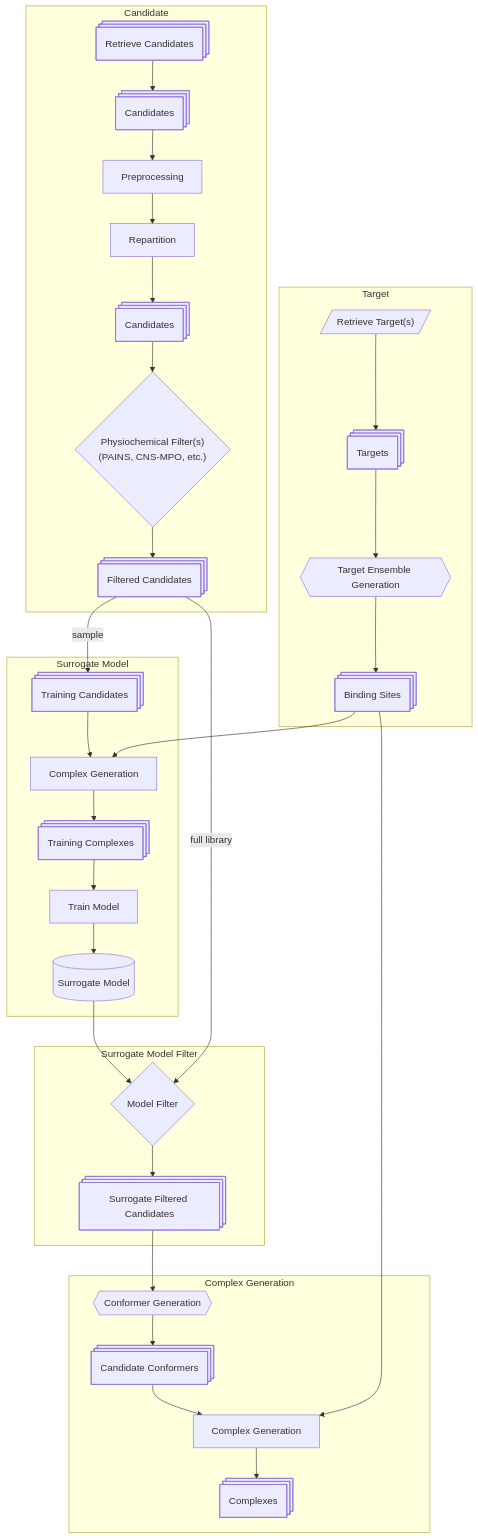
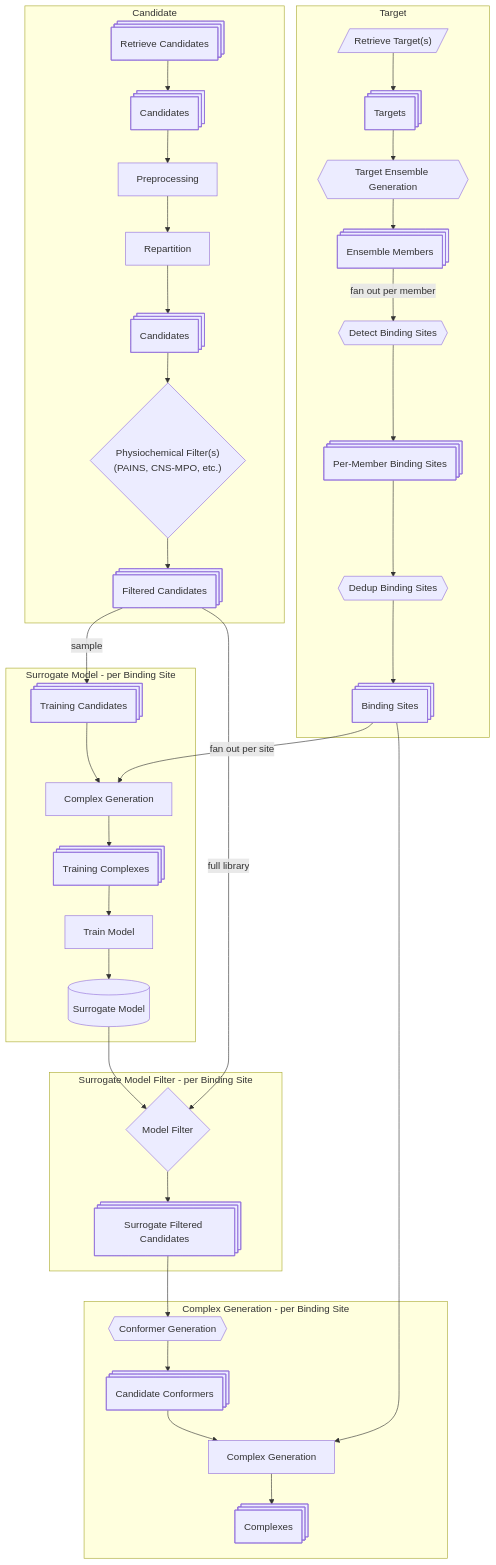
Before and after one commit to mmicatka/lynceus: the diagram in README.md, drawn with Mermaid. The commit also changed other lines of this file and 112 other files, not shown here.

First line of the commit message:
Adding a surrogate model (#40)

````diff
--- a/README.md
+++ b/README.md
@@ -15,48 +26,52 @@
 ```mermaid
 
 flowchart TD
 
   subgraph Target
     RetrieveTargets[/"Retrieve Target(s)"/] --> Targets@{ shape: st-rect, label: "Targets" }
     Targets --> EnsembleGeneration{{"Target Ensemble Generation"}}
-    EnsembleGeneration --> BindingSites@{shape: st-rect, label: "Binding Sites"}
+    EnsembleGeneration --> EnsembleMembers@{shape: st-rect, label: "Ensemble Members"}
+    EnsembleMembers -- "fan out per member" --> DetectBindingSites{{"Detect Binding Sites"}}
+    DetectBindingSites --> MemberBindingSites@{shape: st-rect, label: "Per-Member Binding Sites"}
+    MemberBindingSites --> DedupBindingSites{{"Dedup Binding Sites"}}
+    DedupBindingSites --> BindingSites@{shape: st-rect, label: "Binding Sites"}
   end
 
   subgraph Candidate
     RetrieveCandidates@{ shape: st-rect, label: "Retrieve Candidates"} --> Candidates@{ shape: st-rect, label: "Candidates" }
     Candidates --> Preprocessing["Preprocessing"]
     Preprocessing --> Repartition["Repartition"]
     Repartition --> BalancedCandidates@{ shape: st-rect, label: "Candidates" }
     BalancedCandidates --> PhysioChemFilter{"Physiochemical Filter(s)<br>(PAINS, CNS-MPO, etc.)"}
     PhysioChemFilter --> FilteredCandidates@{shape: st-rect, label: "Filtered Candidates"}
   end
 
-  subgraph Surrogate Model
+  subgraph Surrogate Model [Surrogate Model - per Binding Site]
     FilteredCandidates -- "sample" --> TrainingCandidates@{ shape: st-rect, label: "Training Candidates" }
 
     TrainingCandidates --> ModelComplexGeneration["Complex Generation"]
-    BindingSites --> ModelComplexGeneration
+    BindingSites -- "fan out per site" --> ModelComplexGeneration
 
     ModelComplexGeneration --> TrainingComplexes@{shape: st-rect, label: "Training Complexes"}
 
     TrainingComplexes --> TrainModel["Train Model"]
     TrainModel --> SurrogateModel@{shape: cyl, label: "Surrogate Model"}
   end
 
-  subgraph Surrogate Model Filter
+  subgraph Surrogate Model Filter [Surrogate Model Filter - per Binding Site]
     SurrogateModel --> SurrogateModelFilter{"Model Filter"}
     FilteredCandidates -- "full library" --> SurrogateModelFilter
     SurrogateModelFilter --> SurrogateFilteredCandidates@{shape: st-rect, label: "Surrogate Filtered Candidates"}
   end
 
-  subgraph Complex Generation
+  subgraph Complex Generation [Complex Generation - per Binding Site]
     SurrogateFilteredCandidates --> SurrogateFilteredCandidateConformerGeneration{{"Conformer Generation"}}
     SurrogateFilteredCandidateConformerGeneration --> CandidateConformers@{ shape: st-rect, label: "Candidate Conformers"}
 
     CandidateConformers --> ComplexGeneration["Complex Generation"]
     BindingSites --> ComplexGeneration
 
     ComplexGeneration --> Complexes@{shape: st-rect, label: "Complexes"}
   end
 
 ```
````
